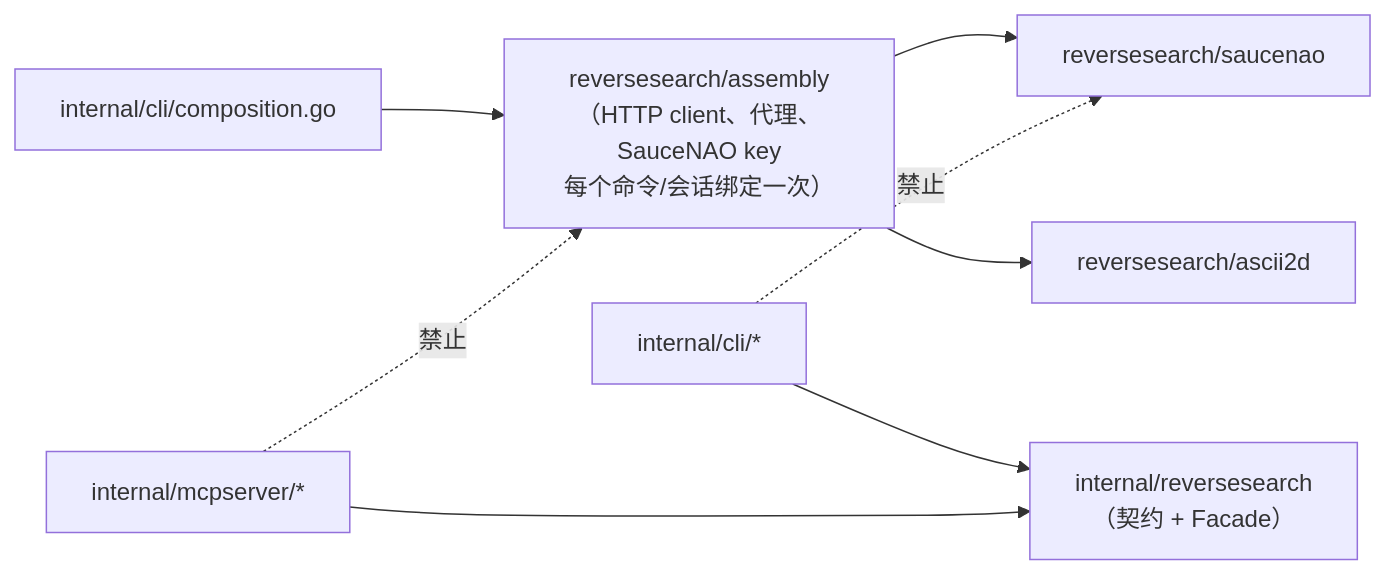
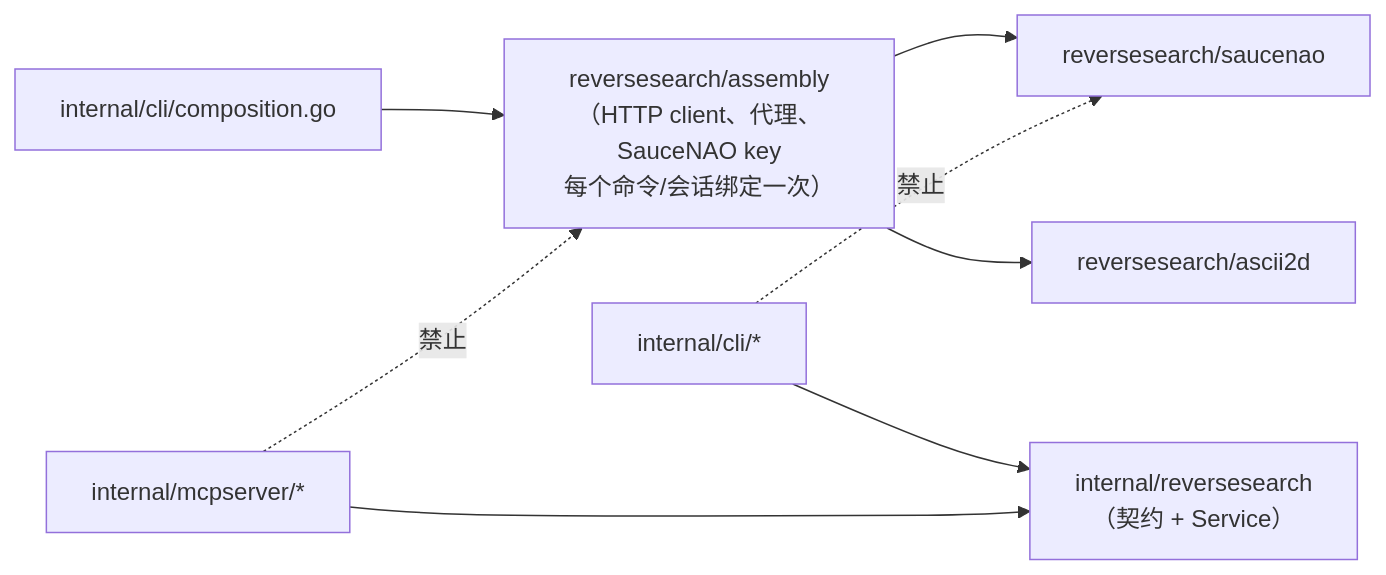
Before and after one commit to FlanChanXwO/pixiv-cli: the third of 5 diagrams in docs/zh-CN/maintainers/architecture.md, drawn with Mermaid. The commit also changed other lines of this file and 46 other files, not shown here.

````diff
--- a/docs/zh-CN/maintainers/architecture.md
+++ b/docs/zh-CN/maintainers/architecture.md
@@ -149,10 +149,10 @@
 ```mermaid
 flowchart LR
     COMP["internal/cli/composition.go"] --> ASM["reversesearch/assembly<br/>（HTTP client、代理、SauceNAO key<br/>每个命令/会话绑定一次）"]
     ASM --> SN["reversesearch/saucenao"]
     ASM --> A2["reversesearch/ascii2d"]
-    CMDS["internal/cli/*"] --> TOP["internal/reversesearch<br/>（契约 + Facade）"]
+    CMDS["internal/cli/*"] --> TOP["internal/reversesearch<br/>（契约 + Service）"]
     MCPS["internal/mcpserver/*"] --> TOP
     CMDS -.->|禁止| SN
     MCPS -.->|禁止| ASM
 ```
````
